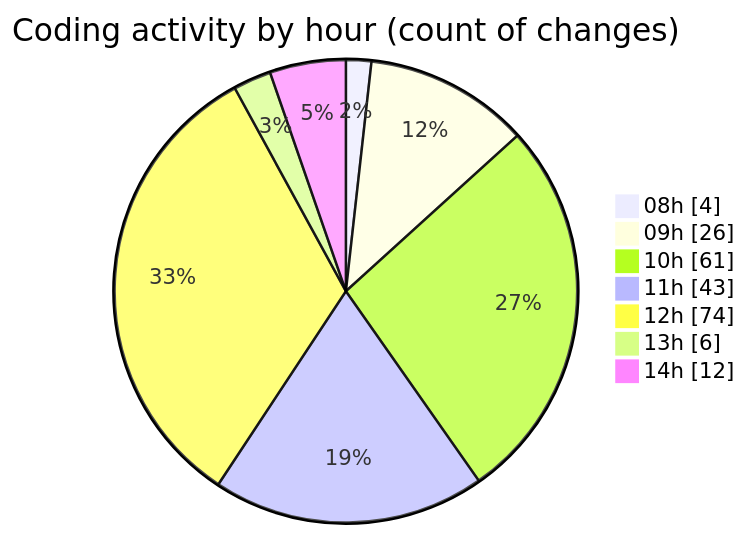
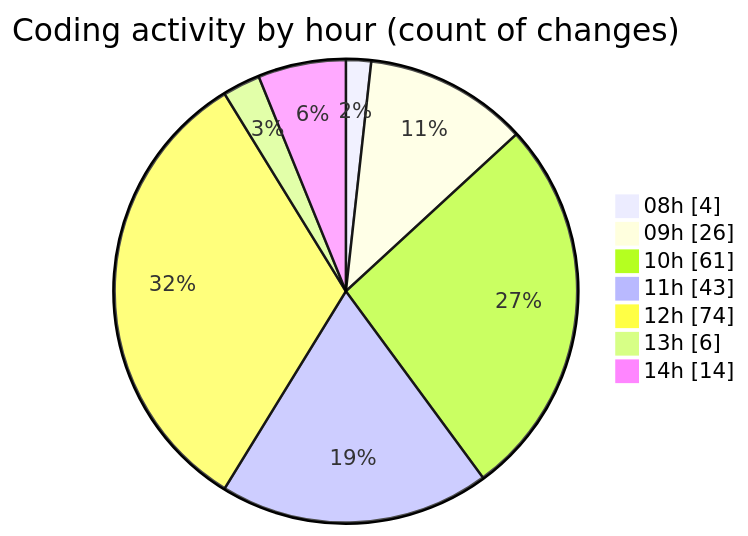
One commit to becaeroporto-bot/code-tracking changed the second of 2 diagrams in 2026-02-19/bot_v1_2/README.md. Above: the diagram before and after it, drawn with Mermaid. The commit also changed other lines of this file and 1 other file, not shown here.

````diff
--- a/2026-02-19/bot_v1_2/README.md
+++ b/2026-02-19/bot_v1_2/README.md
@@ -37,11 +37,11 @@
 ```mermaid
 pie showData
 title Coding activity by hour (count of changes)
 "08h" : 4
 "09h" : 26
 "10h" : 61
 "11h" : 43
 "12h" : 74
 "13h" : 6
-"14h" : 12
+"14h" : 14
 ```
````
